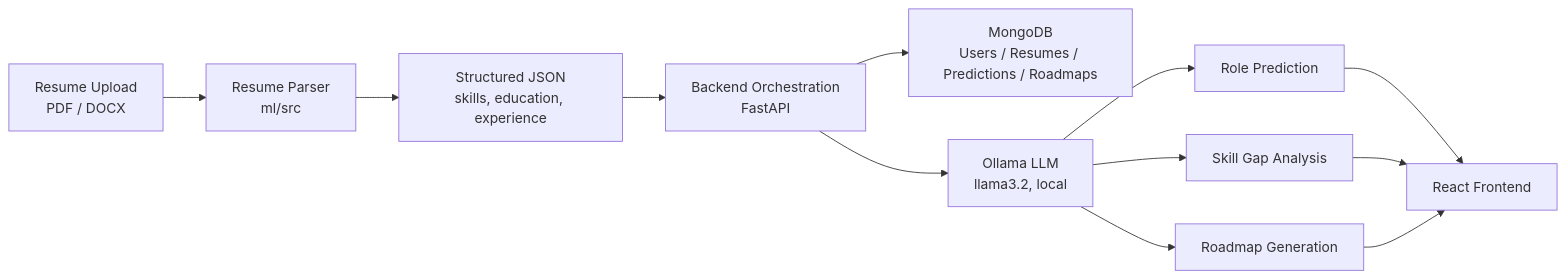
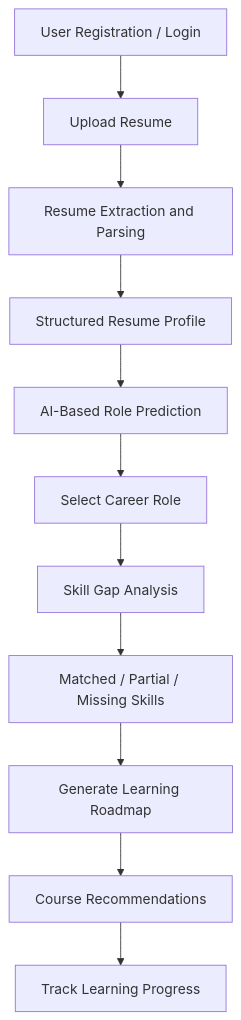
Before and after one commit to Padmapv28/skill_bridge: the second of 2 diagrams in README.md, drawn with Mermaid. The commit also changed other lines of this file and 1 other file, not shown here.

````diff
--- a/README.md
+++ b/README.md
@@ -17,14 +151,13 @@
 ```mermaid
-flowchart LR
-    A[Resume Upload<br/>PDF / DOCX] --> B[Resume Parser<br/>ml/src]
-    B --> C[Structured JSON<br/>skills, education, experience]
-    C --> D[Backend Orchestration<br/>FastAPI]
-    D --> E[MongoDB<br/>Users / Resumes / Predictions / Roadmaps]
-    D --> F[Ollama LLM<br/>llama3.2, local]
-    F --> G[Role Prediction]
-    F --> H[Skill Gap Analysis]
-    F --> I[Roadmap Generation]
-    G --> J[React Frontend]
-    H --> J
-    I --> J
+flowchart TD
+    A[User Registration / Login] --> B[Upload Resume]
+    B --> C[Resume Extraction and Parsing]
+    C --> D[Structured Resume Profile]
+    D --> E[AI-Based Role Prediction]
+    E --> F[Select Career Role]
+    F --> G[Skill Gap Analysis]
+    G --> H[Matched / Partial / Missing Skills]
+    H --> I[Generate Learning Roadmap]
+    I --> J[Course Recommendations]
+    J --> K[Track Learning Progress]
 ```
````
